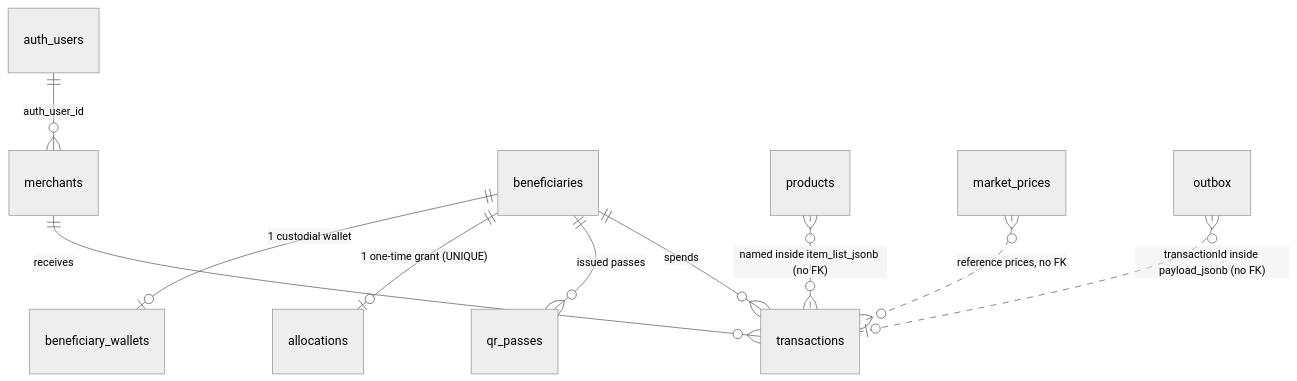
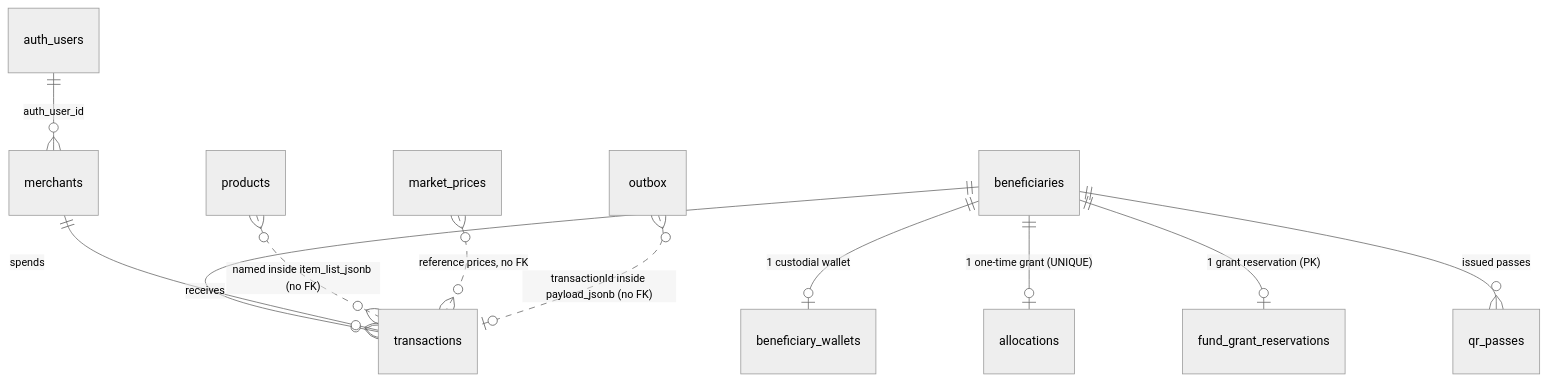
Before and after one commit to alxxrzfyr/BANTAYOG: the diagram in docs/context/SCHEMA.md, drawn with Mermaid (neutral theme). The commit also changed other lines of this file and 41 other files, not shown here.

````diff
--- a/docs/context/SCHEMA.md
+++ b/docs/context/SCHEMA.md
@@ -19,12 +19,13 @@
 ```mermaid
 erDiagram
     auth_users        ||--o{ merchants            : "auth_user_id"
     beneficiaries     ||--o| beneficiary_wallets  : "1 custodial wallet"
     beneficiaries     ||--o| allocations          : "1 one-time grant (UNIQUE)"
+    beneficiaries     ||--o| fund_grant_reservations : "1 grant reservation (PK)"
     beneficiaries     ||--o{ qr_passes            : "issued passes"
     beneficiaries     ||--o{ transactions         : "spends"
     merchants         ||--o{ transactions         : "receives"
     products          }o..o{ transactions         : "named inside item_list_jsonb (no FK)"
     market_prices     }o..o{ transactions         : "reference prices, no FK"
     outbox            }o..o| transactions         : "transactionId inside payload_jsonb (no FK)"
 ```
````
